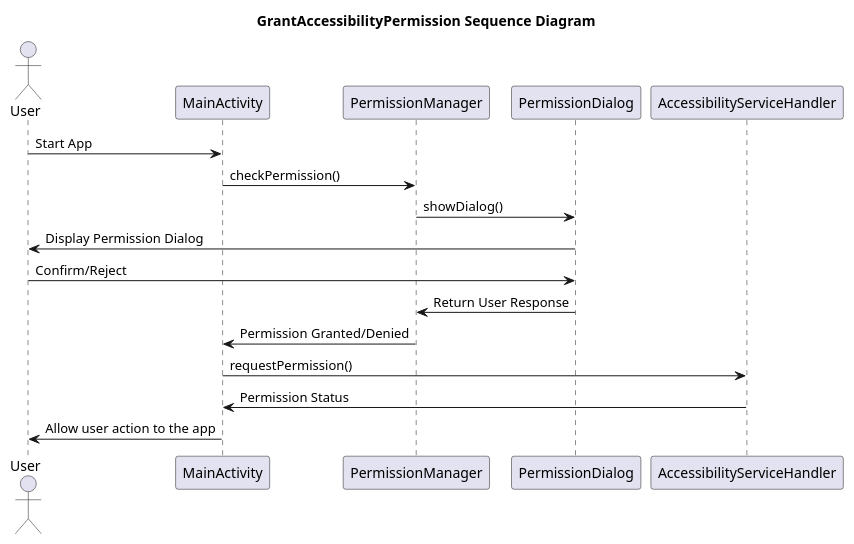
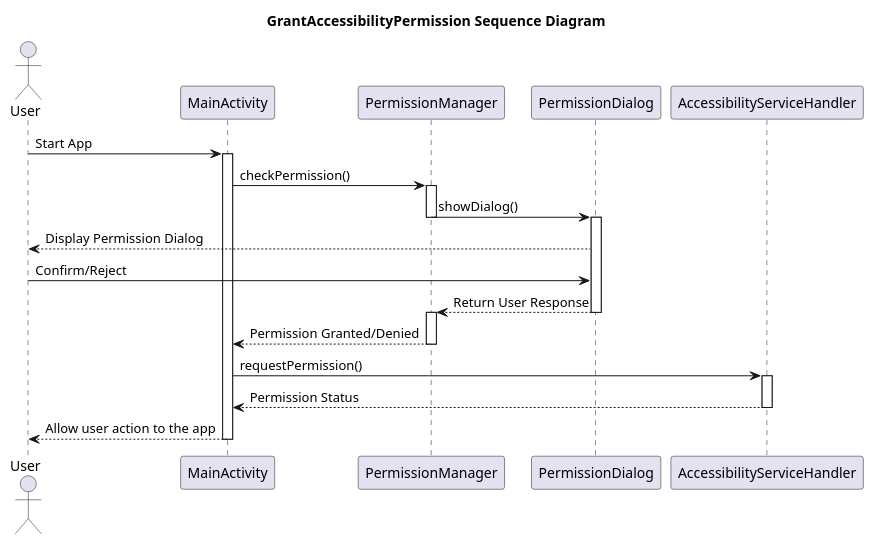
One commit to Caothuludau/InSyncDocument changed the diagram in ClassDiagram/MobileDiagram/App Settings/GrantAccessibilityPermissionSequenceDiagram.plantuml. Above: the diagram before and after it, drawn with PlantUML. The commit also changed 14 other files, not shown here.

```diff
--- a/ClassDiagram/MobileDiagram/App Settings/GrantAccessibilityPermissionSequenceDiagram.plantuml
+++ b/ClassDiagram/MobileDiagram/App Settings/GrantAccessibilityPermissionSequenceDiagram.plantuml
@@ -1,19 +1,27 @@
 @startuml GrantAccessibilityPermissionSequenceDiagram
 Title GrantAccessibilityPermission Sequence Diagram
 
 actor User
 
-
-
 User -> MainActivity : Start App
+activate MainActivity
 MainActivity -> PermissionManager : checkPermission()
+activate PermissionManager
 PermissionManager -> PermissionDialog : showDialog()
-PermissionDialog -> User : Display Permission Dialog
+deactivate PermissionManager
+activate PermissionDialog
+PermissionDialog --> User : Display Permission Dialog
 User -> PermissionDialog : Confirm/Reject
-PermissionDialog -> PermissionManager : Return User Response
-PermissionManager -> MainActivity : Permission Granted/Denied
+PermissionDialog --> PermissionManager : Return User Response
+deactivate PermissionDialog
+activate PermissionManager
+PermissionManager --> MainActivity : Permission Granted/Denied
+deactivate PermissionManager
 MainActivity -> AccessibilityServiceHandler : requestPermission()
-AccessibilityServiceHandler -> MainActivity : Permission Status
-MainActivity -> User : Allow user action to the app
+activate AccessibilityServiceHandler
+AccessibilityServiceHandler --> MainActivity : Permission Status
+deactivate AccessibilityServiceHandler
+MainActivity --> User : Allow user action to the app
+deactivate MainActivity
 
 @enduml
```
